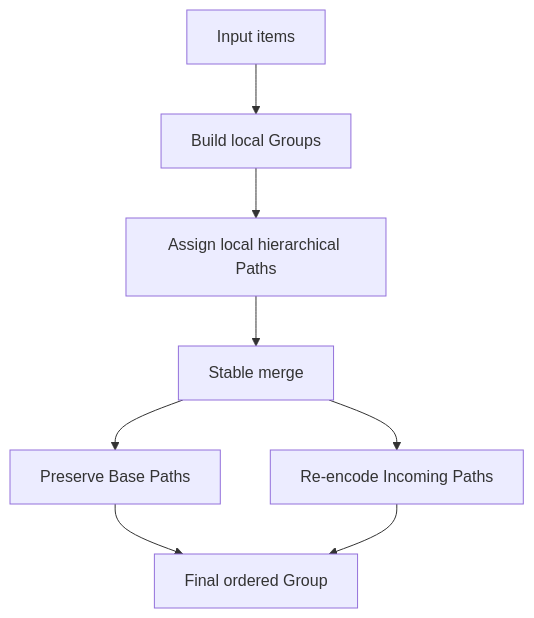
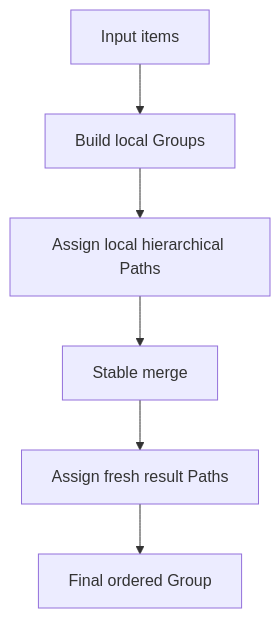
One commit to RXY712200/LayerKeySort changed the diagram in README.md. Above: the diagram before and after it, drawn with Mermaid. The commit also changed other lines of this file and 30 other files, not shown here.

````diff
--- a/README.md
+++ b/README.md
@@ -15,10 +15,8 @@
 ```mermaid
 flowchart TD
     A[Input items] --> B[Build local Groups]
     B --> C[Assign local hierarchical Paths]
     C --> D[Stable merge]
-    D --> E[Preserve Base Paths]
-    D --> F[Re-encode Incoming Paths]
+    D --> E[Assign fresh result Paths]
     E --> G[Final ordered Group]
-    F --> G
 ```
````
